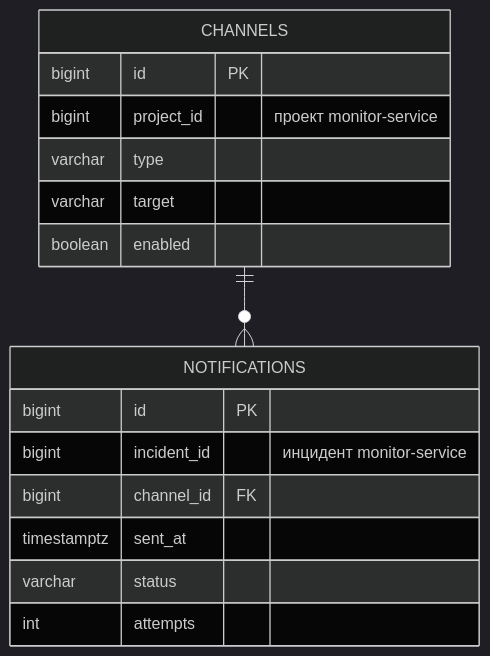
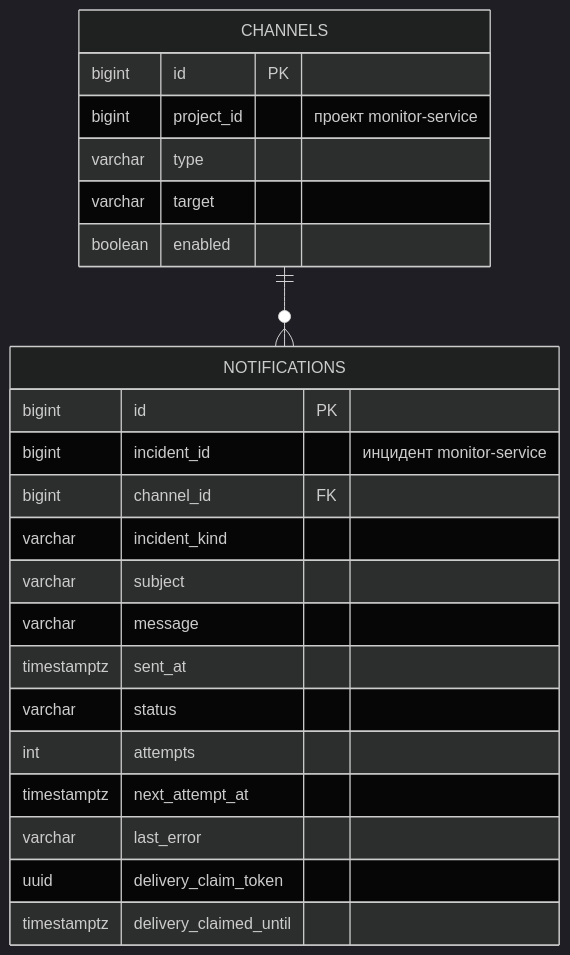
The fifth of 8 diagrams in docs/report-lab2.md (awesoma31/service-monitoring), drawn with Mermaid (dark theme) before and after one commit. The commit also changed other lines of this file and 38 other files, not shown here.

````diff
--- a/docs/report-lab2.md
+++ b/docs/report-lab2.md
@@ -239,19 +239,26 @@
 ```mermaid
 erDiagram
     CHANNELS ||--o{ NOTIFICATIONS : ""
     CHANNELS {
         bigint id PK
         bigint project_id "проект monitor-service"
         varchar type
         varchar target
         boolean enabled
     }
     NOTIFICATIONS {
         bigint id PK
         bigint incident_id "инцидент monitor-service"
         bigint channel_id FK
+        varchar incident_kind
+        varchar subject
+        varchar message
         timestamptz sent_at
         varchar status
         int attempts
+        timestamptz next_attempt_at
+        varchar last_error
+        uuid delivery_claim_token
+        timestamptz delivery_claimed_until
     }
 ```
````
